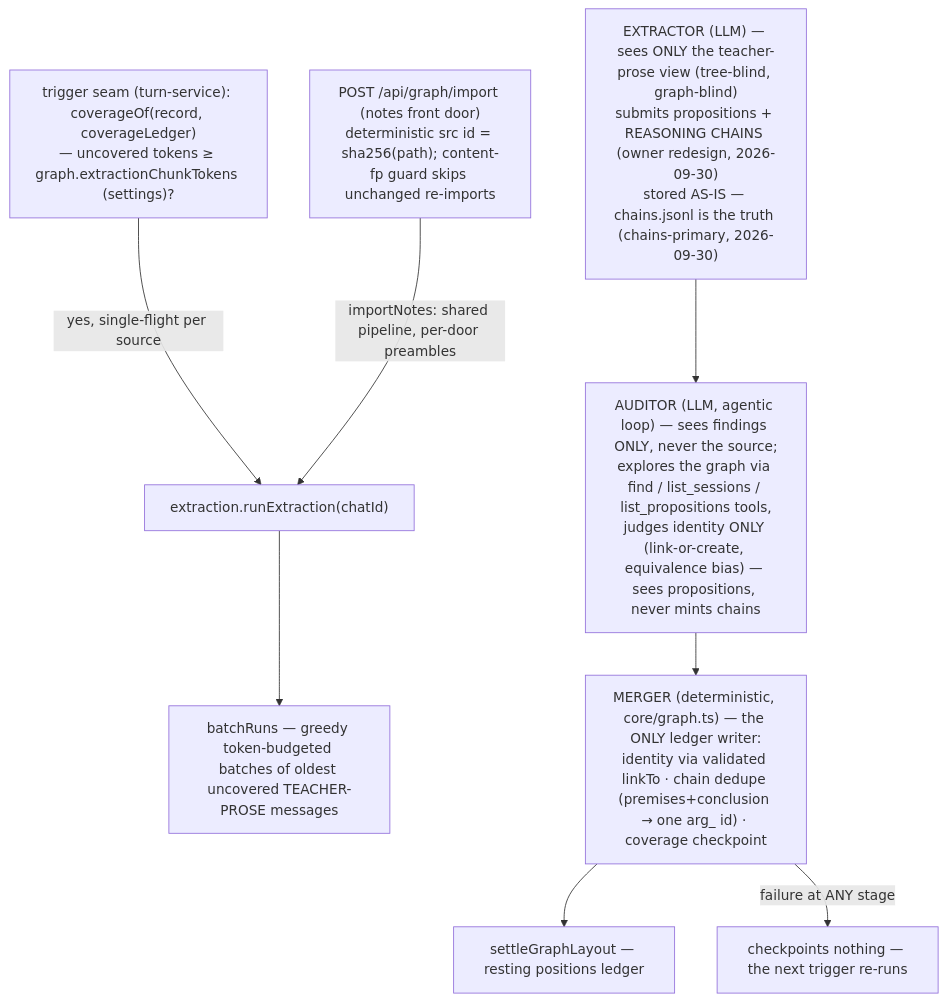
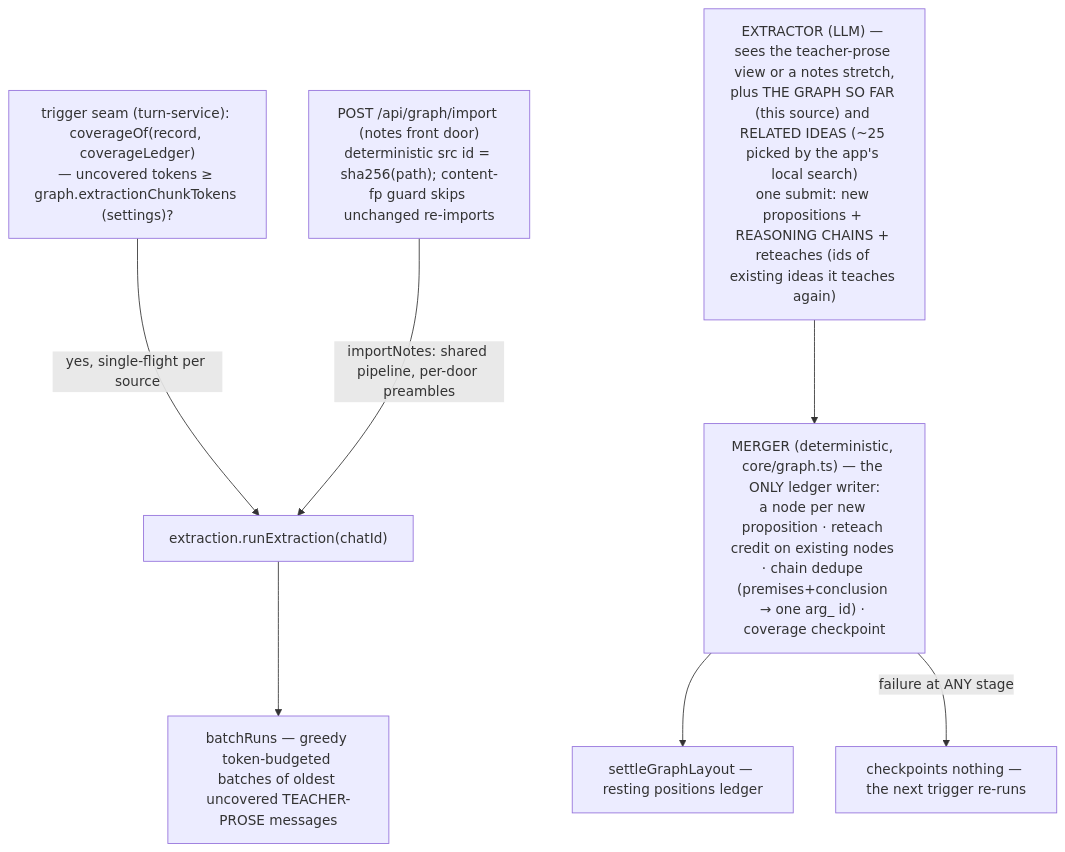
One commit to bayshores/godspeed changed the sixth of 7 diagrams in docs/architecture.md. Above: the diagram before and after it, drawn with Mermaid. The commit also changed other lines of this file and 4 other files, not shown here.

Commit message:
docs: describe graph building without the auditor; issue forms ask for the agent, not API keys; remove dead website notify workflow

````diff
--- a/docs/architecture.md
+++ b/docs/architecture.md
@@ -345,11 +345,11 @@
 ```mermaid
 flowchart TB
     TRIG["trigger seam (turn-service): coverageOf(record, coverageLedger)<br/>— uncovered tokens ≥ graph.extractionChunkTokens (settings)?"] -->|"yes, single-flight per source"| RUN["extraction.runExtraction(chatId)"]
     IMPORT["POST /api/graph/import (notes front door)<br/>deterministic src id = sha256(path); content-fp guard skips unchanged re-imports"] -->|"importNotes: shared pipeline, per-door preambles"| RUN
     RUN --> BATCH["batchRuns — greedy token-budgeted batches of oldest uncovered TEACHER-PROSE messages"]
-    EXT["EXTRACTOR (LLM) — sees ONLY the teacher-prose view (tree-blind, graph-blind)<br/>submits propositions + REASONING CHAINS (owner redesign, 2026-09-30)<br/>stored AS-IS — chains.jsonl is the truth (chains-primary, 2026-09-30)"]
-    EXT --> AUD["AUDITOR (LLM, agentic loop) — sees findings ONLY, never the source;<br/>explores the graph via find / list_sessions / list_propositions tools,<br/>judges identity ONLY (link-or-create, equivalence bias) — sees propositions, never mints chains"]
-    AUD --> MERGE["MERGER (deterministic, core/graph.ts) — the ONLY ledger writer:<br/>identity via validated linkTo · chain dedupe (premises+conclusion → one arg_ id) · coverage checkpoint"]
+    EXT["EXTRACTOR (LLM) — sees the teacher-prose view or a notes stretch,<br/>plus THE GRAPH SO FAR (this source) and RELATED IDEAS (~25 picked by the app's local search)<br/>one submit: new propositions + REASONING CHAINS + reteaches (ids of existing ideas it teaches again)"]
+    EXT --> MERGE
+    MERGE["MERGER (deterministic, core/graph.ts) — the ONLY ledger writer:<br/>a node per new proposition · reteach credit on existing nodes · chain dedupe (premises+conclusion → one arg_ id) · coverage checkpoint"]
     MERGE --> SETTLE["settleGraphLayout — resting positions ledger"]
     MERGE -->|"failure at ANY stage"| NOTHING["checkpoints nothing — the next trigger re-runs"]
 ```
````
